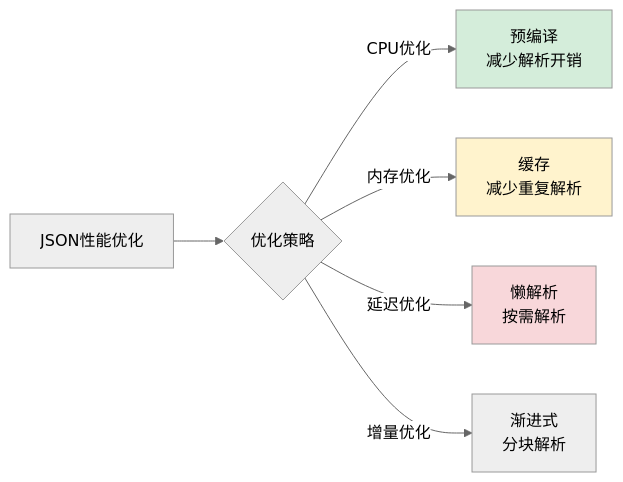
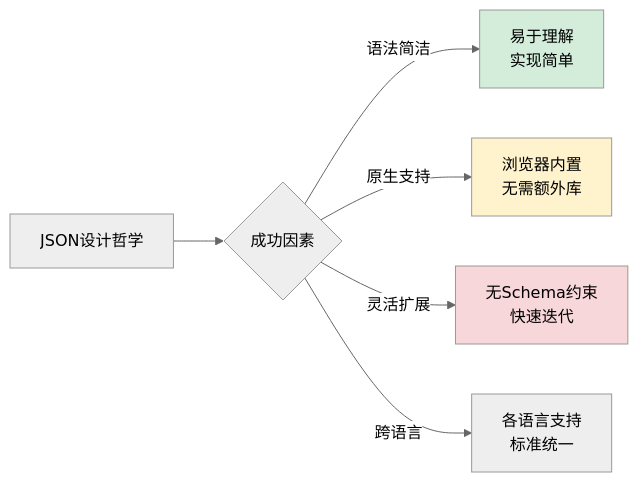
Before and after one commit to chongyang211/YCBookBlog: diagram 16 of 31 in 00.通用技术的提升/02.程序编程原理/06.数据解析设计思想.md, drawn with Mermaid (neutral theme). The commit also changed other lines of this file and 5 other files, not shown here.

````diff
--- a/00.通用技术的提升/02.程序编程原理/06.数据解析设计思想.md
+++ b/00.通用技术的提升/02.程序编程原理/06.数据解析设计思想.md
@@ -640,12 +2024,12 @@
 ```mermaid
 graph LR
-    A[JSON性能优化] --> B{优化策略}
-    B -->|CPU优化| C[预编译<br/>减少解析开销]
-    B -->|内存优化| D[缓存<br/>减少重复解析]
-    B -->|延迟优化| E[懒解析<br/>按需解析]
-    B -->|增量优化| F[渐进式<br/>分块解析]
+    A[JSON设计哲学] --> B{成功因素}
+    B -->|语法简洁| C[易于理解<br/>实现简单]
+    B -->|原生支持| D[浏览器内置<br/>无需额外库]
+    B -->|灵活扩展| E[无Schema约束<br/>快速迭代]
+    B -->|跨语言| F[各语言支持<br/>标准统一]
     
     style C fill:#d4edda
     style D fill:#fff3cd
     style E fill:#f8d7da
 ```
````
